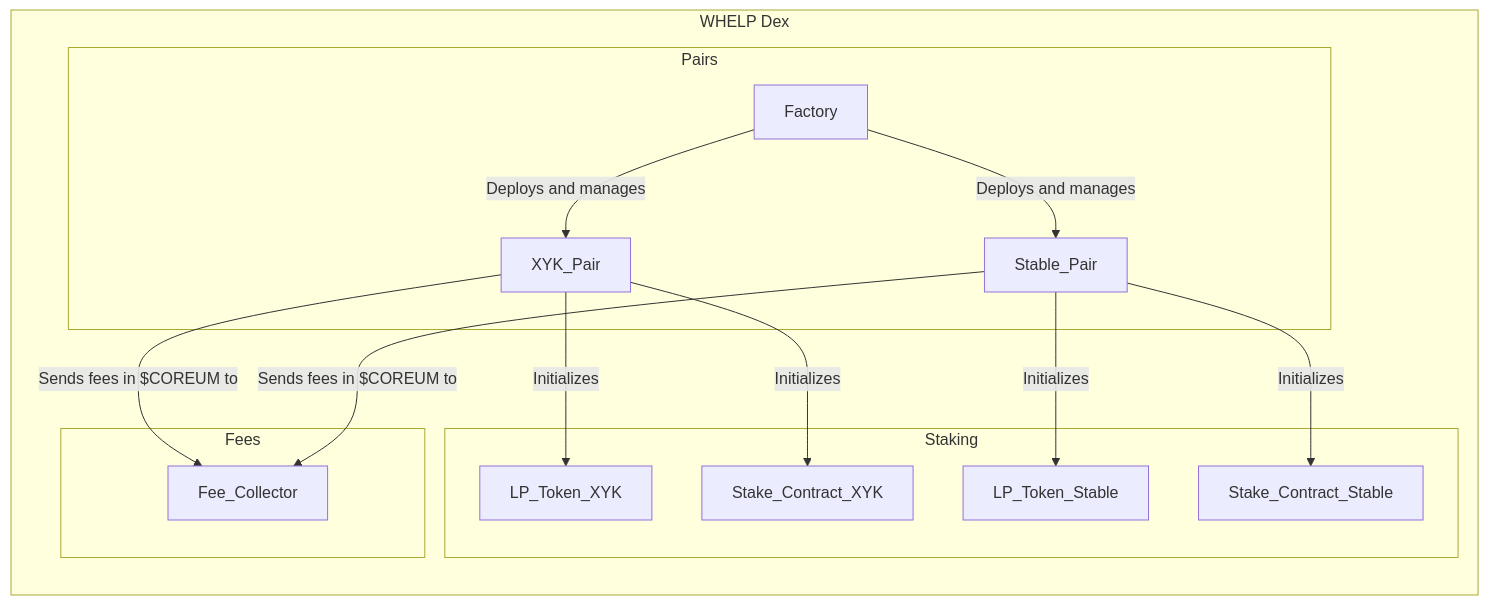
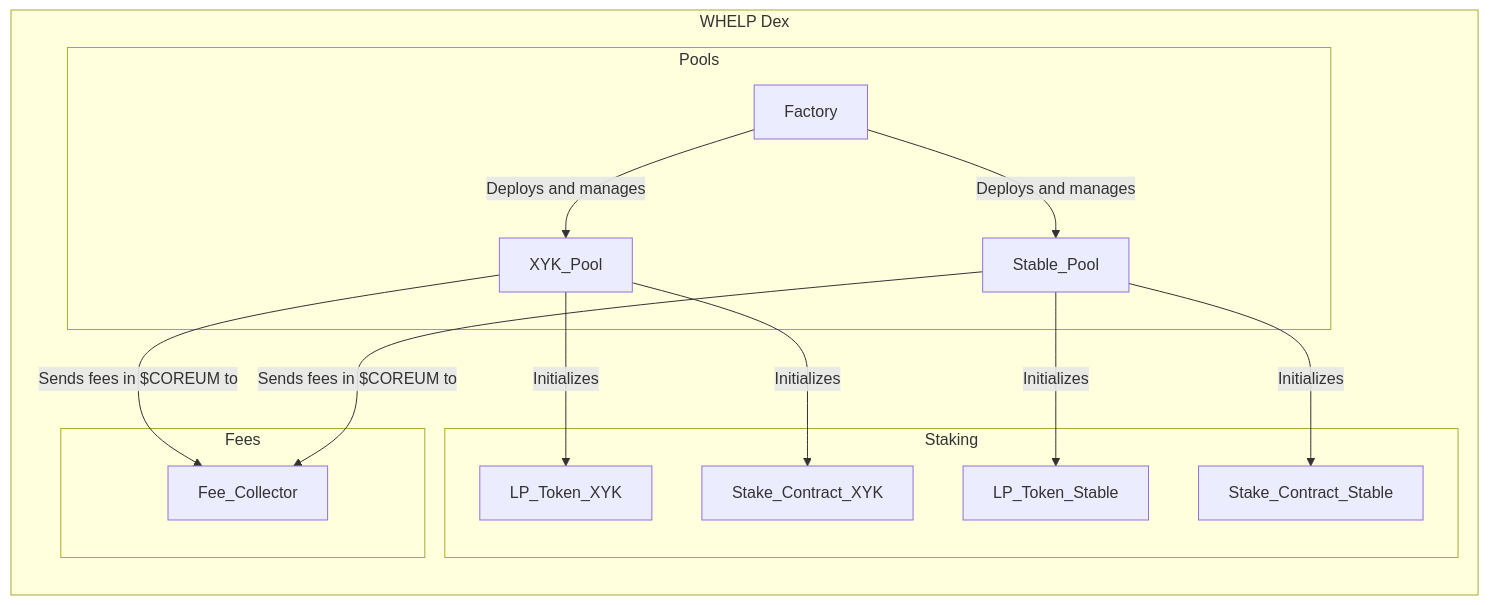
The first of 4 diagrams in docs/architecture.md (WHELP-project/whelp-contracts), drawn with Mermaid before and after one commit. The commit also changed other lines of this file and 20 other files, not shown here.

Commit message:
Rename pair contract to pool

````diff
--- a/docs/architecture.md
+++ b/docs/architecture.md
@@ -5,20 +5,20 @@
 ```mermaid
 graph LR
 
 subgraph WHELP Dex
-    subgraph Pairs
-        Factory -->|Deploys and manages| XYK_Pair
-        Factory -->|Deploys and manages| Stable_Pair
+    subgraph Pools
+        Factory -->|Deploys and manages| XYK_Pool
+        Factory -->|Deploys and manages| Stable_Pool
     end
     subgraph Staking
-        XYK_Pair -->|Initializes| LP_Token_XYK
-        XYK_Pair -->|Initializes| Stake_Contract_XYK
-        Stable_Pair -->|Initializes| LP_Token_Stable
-        Stable_Pair -->|Initializes| Stake_Contract_Stable
+        XYK_Pool -->|Initializes| LP_Token_XYK
+        XYK_Pool -->|Initializes| Stake_Contract_XYK
+        Stable_Pool -->|Initializes| LP_Token_Stable
+        Stable_Pool -->|Initializes| Stake_Contract_Stable
     end
     subgraph Fees
-        XYK_Pair --> |Sends fees in $COREUM to| Fee_Collector
-        Stable_Pair --> |Sends fees in $COREUM to| Fee_Collector
+        XYK_Pool --> |Sends fees in $COREUM to| Fee_Collector
+        Stable_Pool --> |Sends fees in $COREUM to| Fee_Collector
     end
 end
 ```
````
